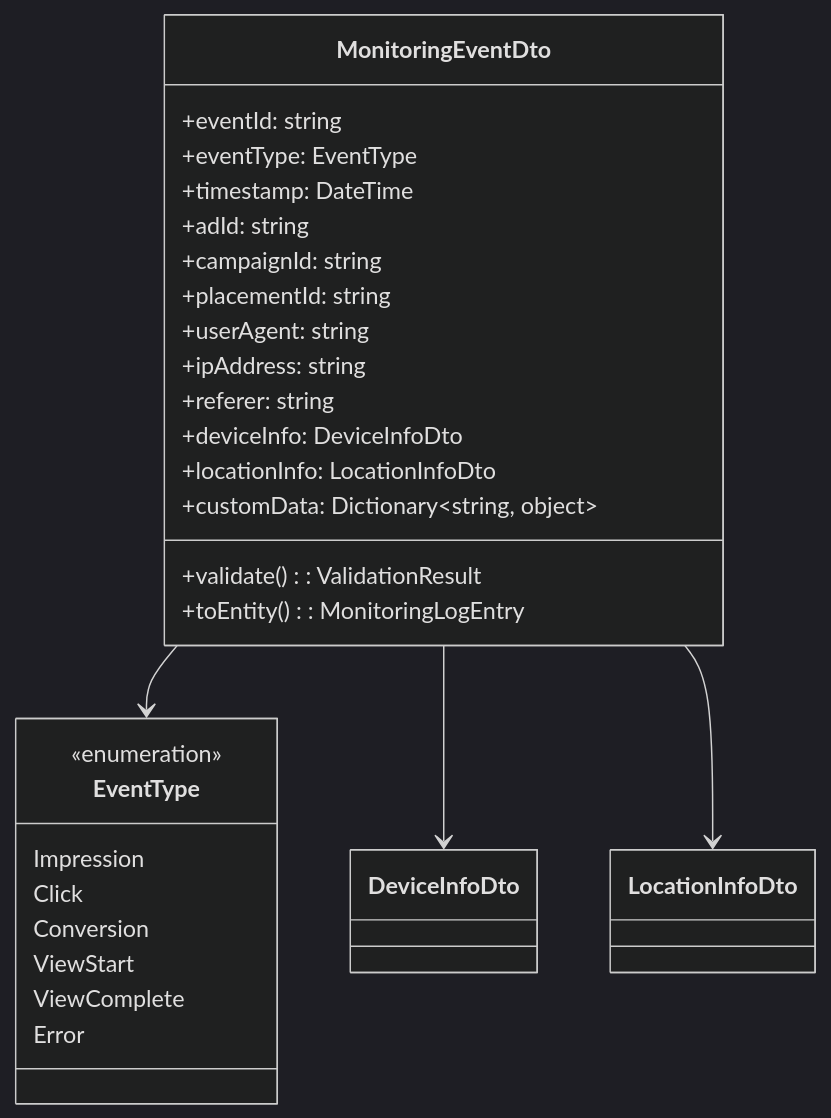
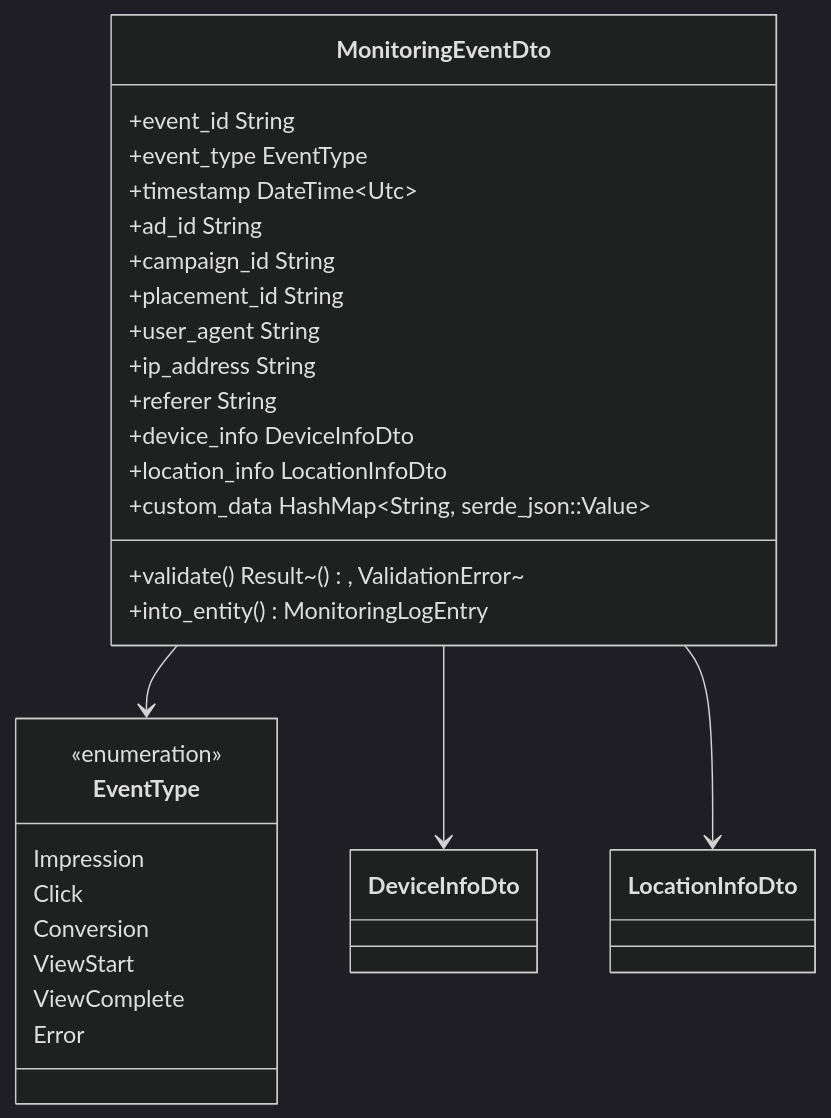
One commit to lornshrimp/Lorn.ADSP.Rust changed the third of 10 diagrams in docs_TecDesign/广告投放引擎/广告效果监测服务设计/广告效果监测服务数据结构设计.md. Above: the diagram before and after it, drawn with Mermaid (dark theme). The commit also changed other lines of this file and 8 other files, not shown here.

````diff
--- a/docs_TecDesign/广告投放引擎/广告效果监测服务设计/广告效果监测服务数据结构设计.md
+++ b/docs_TecDesign/广告投放引擎/广告效果监测服务设计/广告效果监测服务数据结构设计.md
@@ -136,33 +143,33 @@
 ```mermaid
 classDiagram
     class MonitoringEventDto {
-        +eventId: string
-        +eventType: EventType
-        +timestamp: DateTime
-        +adId: string
-        +campaignId: string
-        +placementId: string
-        +userAgent: string
-        +ipAddress: string
-        +referer: string
-        +deviceInfo: DeviceInfoDto
-        +locationInfo: LocationInfoDto
-        +customData: Dictionary~string, object~
-        +validate(): ValidationResult
-        +toEntity(): MonitoringLogEntry
+        +event_id String
+        +event_type EventType
+        +timestamp DateTime~Utc~
+        +ad_id String
+        +campaign_id String
+        +placement_id String
+        +user_agent String
+        +ip_address String
+        +referer String
+        +device_info DeviceInfoDto
+        +location_info LocationInfoDto
+        +custom_data HashMap~String, serde_json::Value~
+        +validate() Result~(), ValidationError~
+        +into_entity() MonitoringLogEntry
     }
     
     class EventType {
         <<enumeration>>
         Impression
         Click
         Conversion
         ViewStart
         ViewComplete
         Error
     }
     
     MonitoringEventDto --> EventType
     MonitoringEventDto --> DeviceInfoDto
     MonitoringEventDto --> LocationInfoDto
 ```
````
